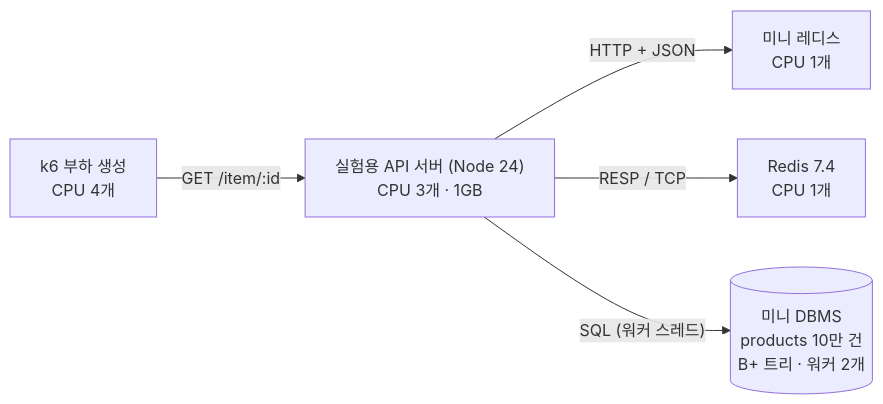
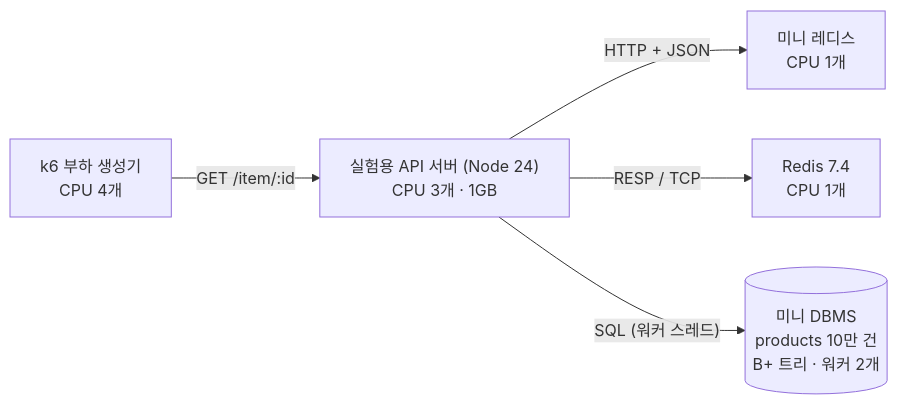
The first of 2 diagrams in README.md (kimtaeg/ai-framework), drawn with Mermaid before and after one commit. The commit also changed other lines of this file, not shown here.

````diff
--- a/README.md
+++ b/README.md
@@ -37,7 +44,7 @@
 ```mermaid
 flowchart LR
-    k6["k6 부하 생성<br/>CPU 4개"] -->|"GET /item/:id"| api["실험용 API 서버 (Node 24)<br/>CPU 3개 · 1GB"]
+    k6["k6 부하 생성기<br/>CPU 4개"] -->|"GET /item/:id"| api["실험용 API 서버 (Node 24)<br/>CPU 3개 · 1GB"]
     api -->|"HTTP + JSON"| mini["미니 레디스<br/>CPU 1개"]
     api -->|"RESP / TCP"| redis["Redis 7.4<br/>CPU 1개"]
     api -->|"SQL (워커 스레드)"| db[("미니 DBMS<br/>products 10만 건<br/>B+ 트리 · 워커 2개")]
 ```
````
